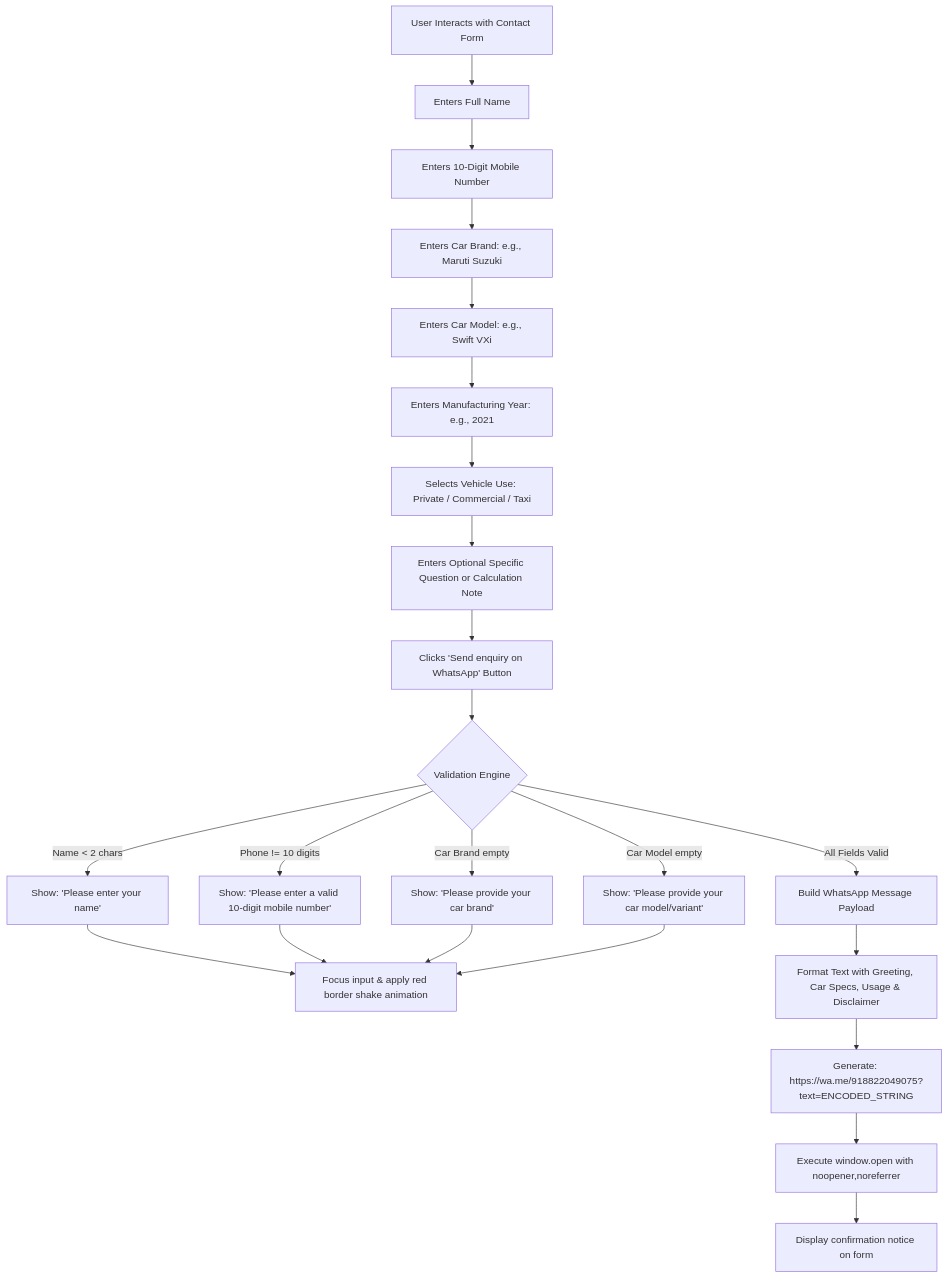
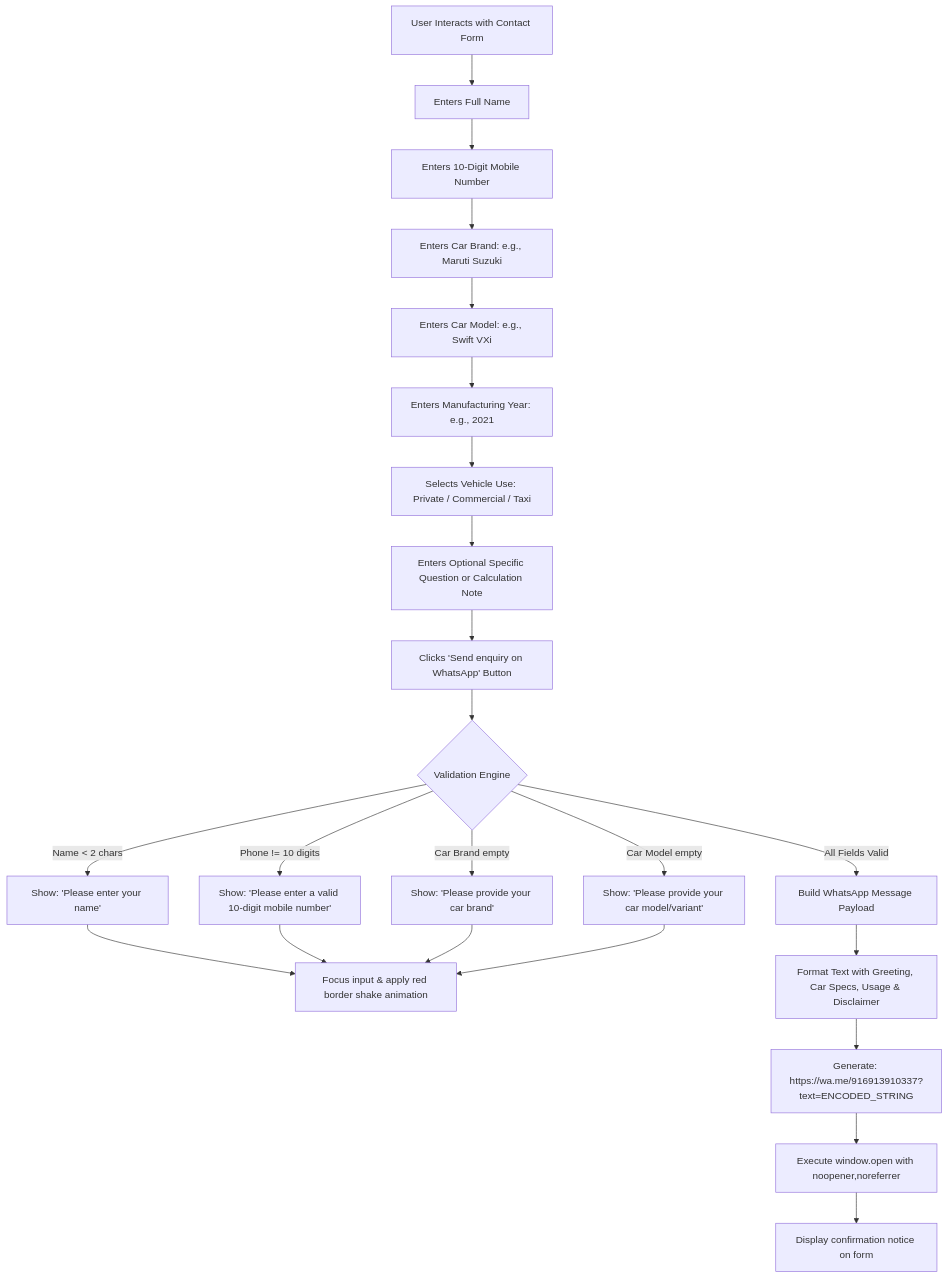
Before and after one commit to any172262-hue/maa-kamakhya-auto-gas: the fourth of 4 diagrams in docs/APP_FLOW.md, drawn with Mermaid. The commit also changed other lines of this file and 69 other files, not shown here.

````diff
--- a/docs/APP_FLOW.md
+++ b/docs/APP_FLOW.md
@@ -135,29 +135,29 @@
 ```mermaid
 flowchart TD
     FormStart[User Interacts with Contact Form] --> InputName[Enters Full Name]
     InputName --> InputPhone[Enters 10-Digit Mobile Number]
     InputPhone --> InputBrand[Enters Car Brand: e.g., Maruti Suzuki]
     InputBrand --> InputModel[Enters Car Model: e.g., Swift VXi]
     InputModel --> InputYear[Enters Manufacturing Year: e.g., 2021]
     InputYear --> SelectUsage[Selects Vehicle Use: Private / Commercial / Taxi]
     SelectUsage --> InputNote[Enters Optional Specific Question or Calculation Note]
     
     InputNote --> ClickSubmit[Clicks 'Send enquiry on WhatsApp' Button]
     ClickSubmit --> RunValidator{Validation Engine}
     
     RunValidator -->|Name < 2 chars| ErrName[Show: 'Please enter your name']
     RunValidator -->|Phone != 10 digits| ErrPhone[Show: 'Please enter a valid 10-digit mobile number']
     RunValidator -->|Car Brand empty| ErrBrand[Show: 'Please provide your car brand']
     RunValidator -->|Car Model empty| ErrModel[Show: 'Please provide your car model/variant']
     
     ErrName --> HighlightField[Focus input & apply red border shake animation]
     ErrPhone --> HighlightField
     ErrBrand --> HighlightField
     ErrModel --> HighlightField
     
     RunValidator -->|All Fields Valid| ConstructURL[Build WhatsApp Message Payload]
     ConstructURL --> EncodePayload[Format Text with Greeting, Car Specs, Usage & Disclaimer]
-    EncodePayload --> URL[Generate: https://wa.me/918822049075?text=ENCODED_STRING]
+    EncodePayload --> URL[Generate: https://wa.me/916913910337?text=ENCODED_STRING]
     URL --> TriggerWindow[Execute window.open with noopener,noreferrer]
     TriggerWindow --> SuccessReset[Display confirmation notice on form]
 ```
````
